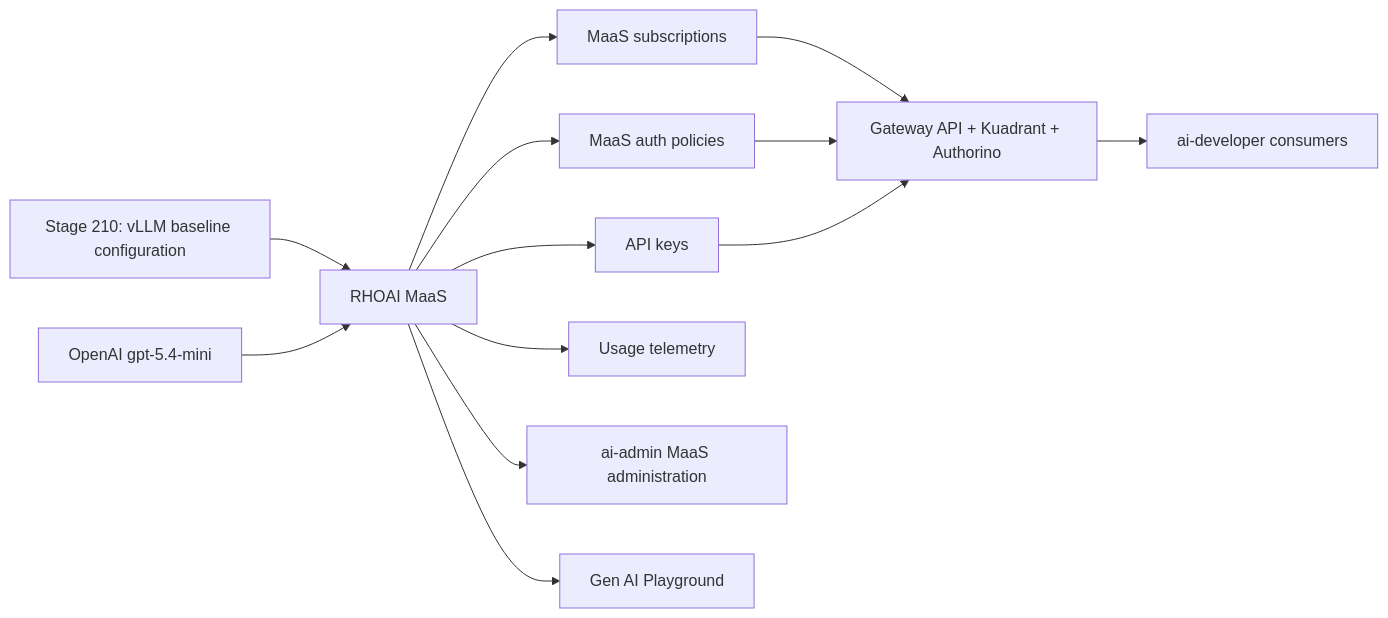
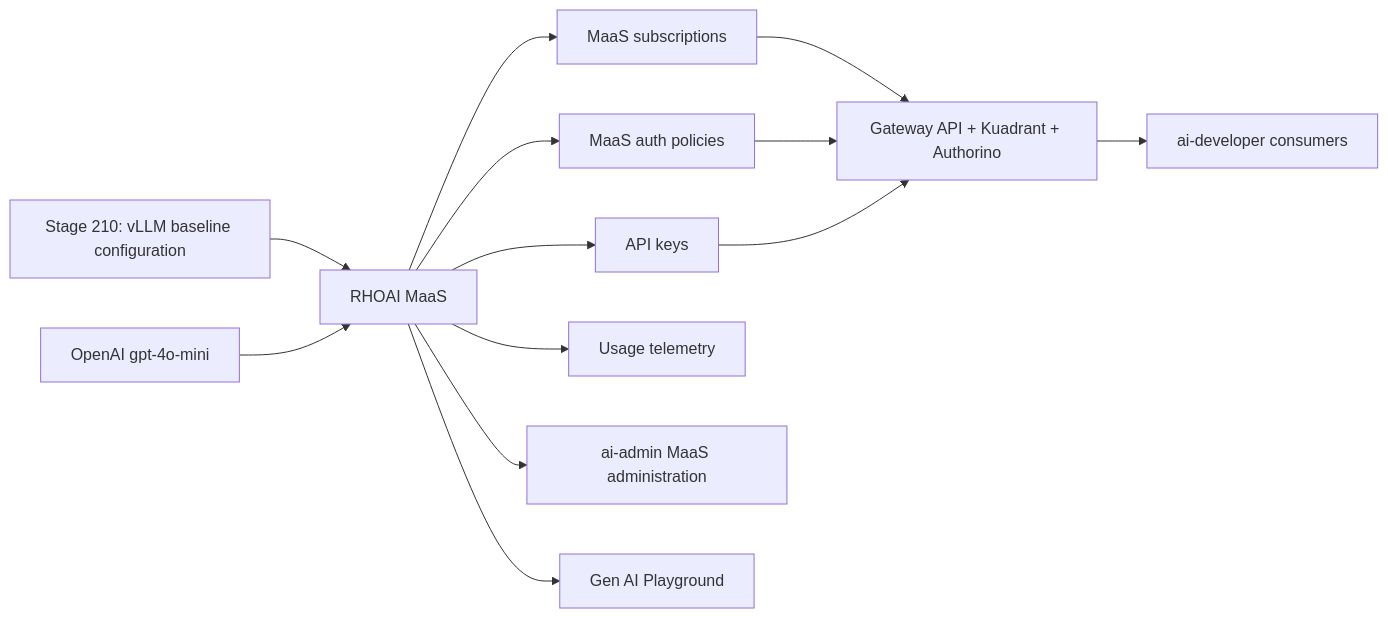
The diagram in stage-220-models-as-a-service/README.md (adnan-drina/rhoai3-demo), drawn with Mermaid before and after one commit. The commit also changed other lines of this file and 25 other files, not shown here.

````diff
--- a/stage-220-models-as-a-service/README.md
+++ b/stage-220-models-as-a-service/README.md
@@ -31,15 +31,15 @@
 ```mermaid
 flowchart LR
   previous["Stage 210: vLLM baseline configuration"] --> maas["RHOAI MaaS"]
-  openai["OpenAI gpt-5.4-mini"] --> maas
+  openai["OpenAI gpt-4o-mini"] --> maas
   maas --> sub["MaaS subscriptions"]
   maas --> auth["MaaS auth policies"]
   maas --> keys["API keys"]
   maas --> obs["Usage telemetry"]
   sub --> gateway["Gateway API + Kuadrant + Authorino"]
   auth --> gateway
   keys --> gateway
   gateway --> users["ai-developer consumers"]
   maas --> admin["ai-admin MaaS administration"]
   maas --> playground["Gen AI Playground"]
 ```
````
